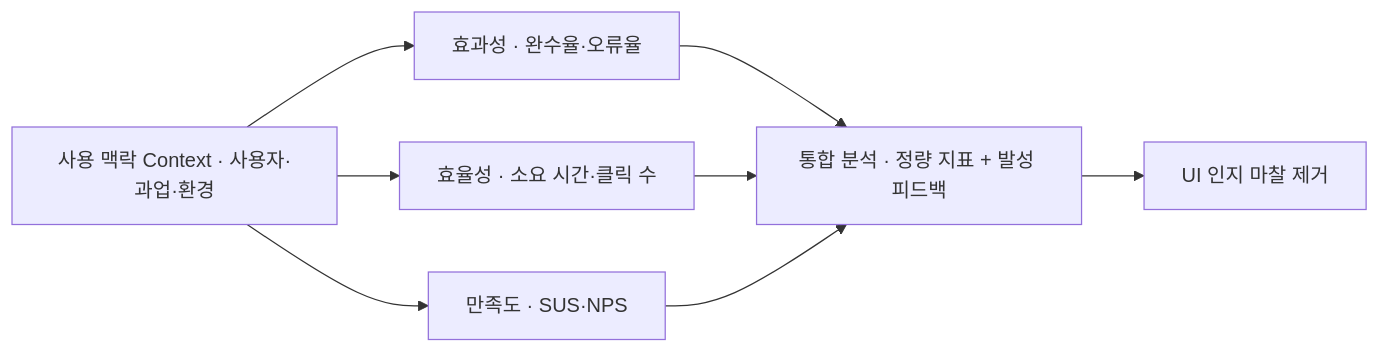
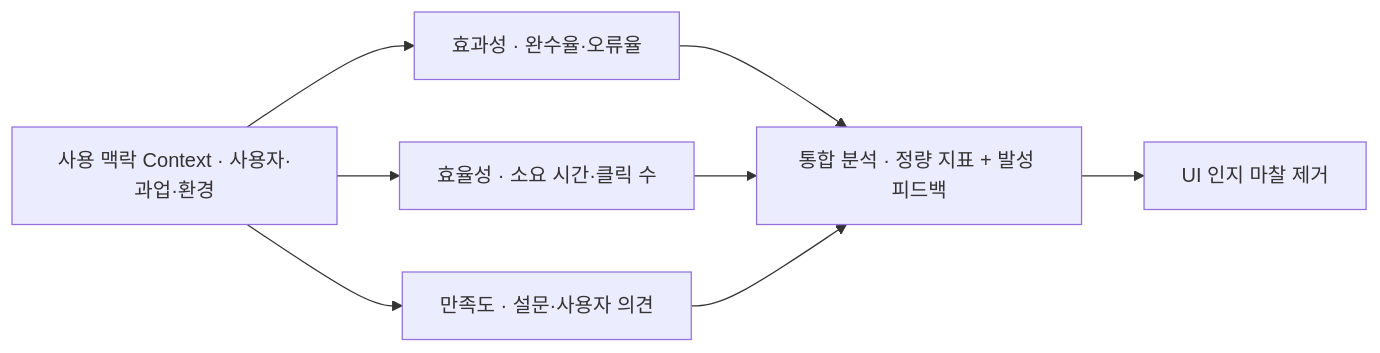
Before and after one commit to agnusdei1207/study: the third of 3 diagrams in src/content/docs/notes/itpe/02-software-engineering/086_usability_testing.md, drawn with Mermaid. The commit also changed other lines of this file and 21 other files, not shown here.

````diff
--- a/src/content/docs/notes/itpe/02-software-engineering/086_usability_testing.md
+++ b/src/content/docs/notes/itpe/02-software-engineering/086_usability_testing.md
@@ -112,10 +112,10 @@
 ```mermaid
 flowchart LR
     CTX["사용 맥락 Context · 사용자·과업·환경"] --> E["효과성 · 완수율·오류율"]
     CTX --> F["효율성 · 소요 시간·클릭 수"]
-    CTX --> S["만족도 · SUS·NPS"]
+    CTX --> S["만족도 · 설문·사용자 의견"]
     E --> INT["통합 분석 · 정량 지표 + 발성 피드백"]
     F --> INT
     S --> INT
     INT --> OUT["UI 인지 마찰 제거"]
 ```
````
